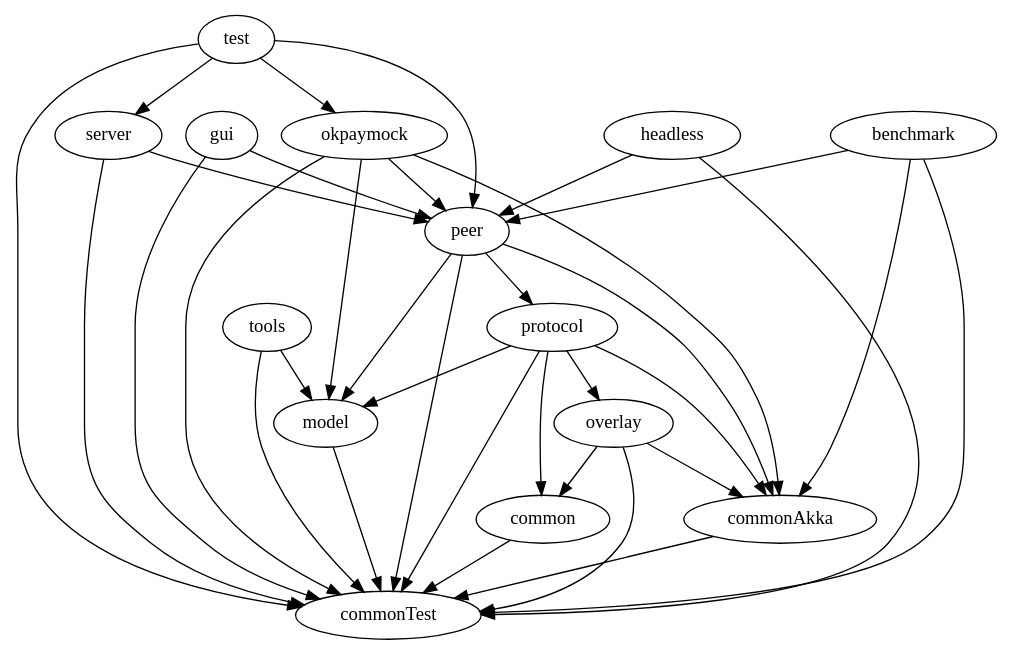
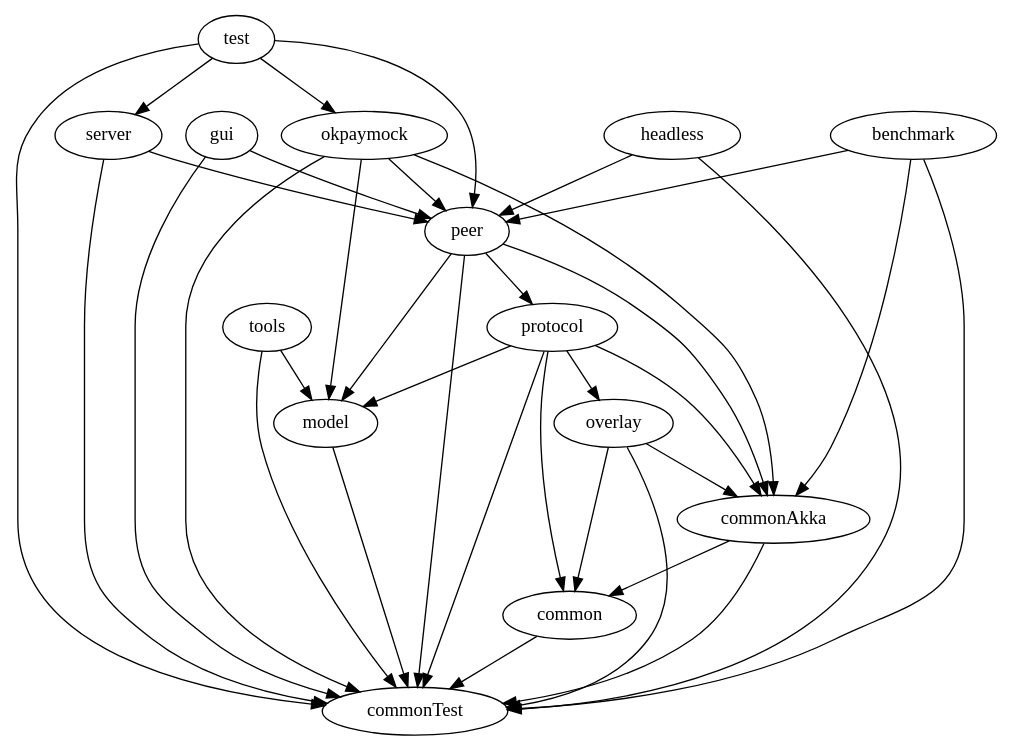
One commit to csesteban/coinffeine changed the diagram in doc/graphviz/modules.dot. Above: the diagram before and after it, drawn with Graphviz. The commit also changed 2 other files, not shown here.

```diff
--- a/doc/graphviz/modules.dot
+++ b/doc/graphviz/modules.dot
@@ -1,15 +1,15 @@
 digraph {
     server -> peer, commonTest;
     test -> peer, server, commonTest, okpaymock;
     gui -> peer, commonTest;
     tools -> model, commonTest;
     peer -> model, protocol, commonAkka, commonTest;
     protocol -> model, common, commonAkka, commonTest, overlay;
     overlay -> common, commonAkka, commonTest;
     model -> commonTest;
     common -> commonTest;
     headless -> peer, commonTest;
     okpaymock -> model, peer, commonAkka, commonTest;
-    commonAkka -> commonTest;
+    commonAkka -> common, commonTest;
     benchmark -> peer, commonAkka, commonTest;
 }
```
